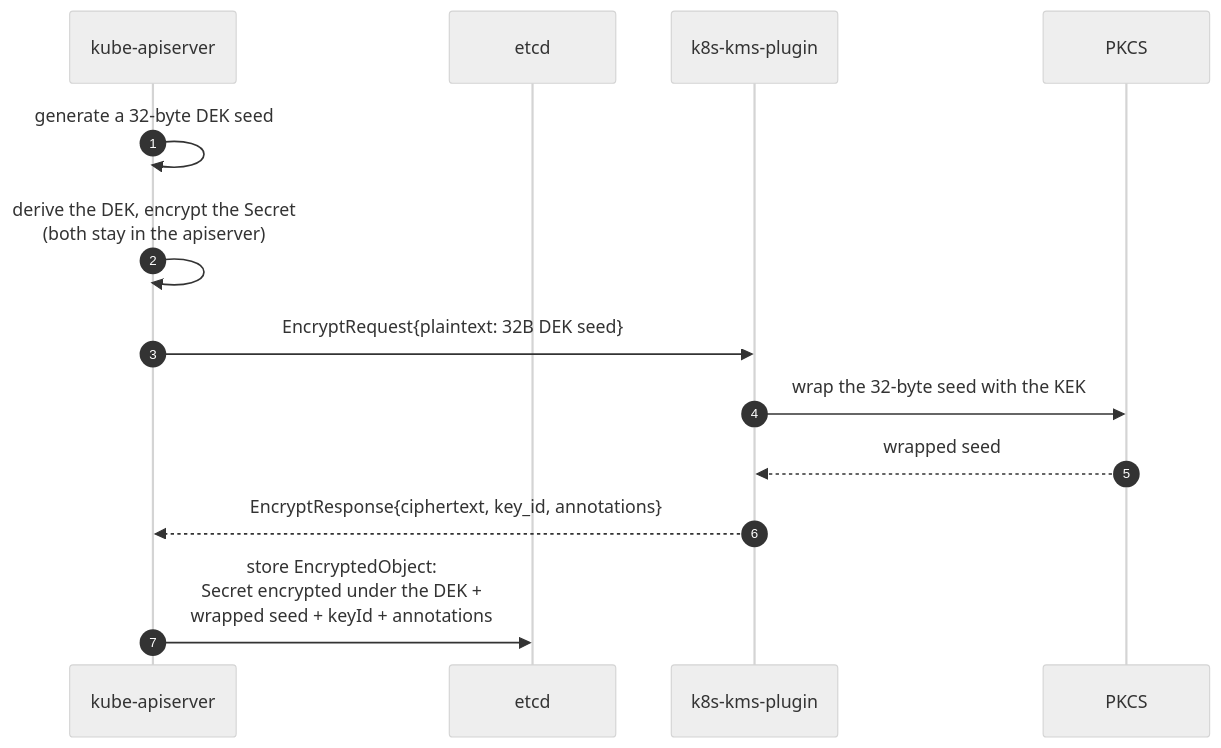
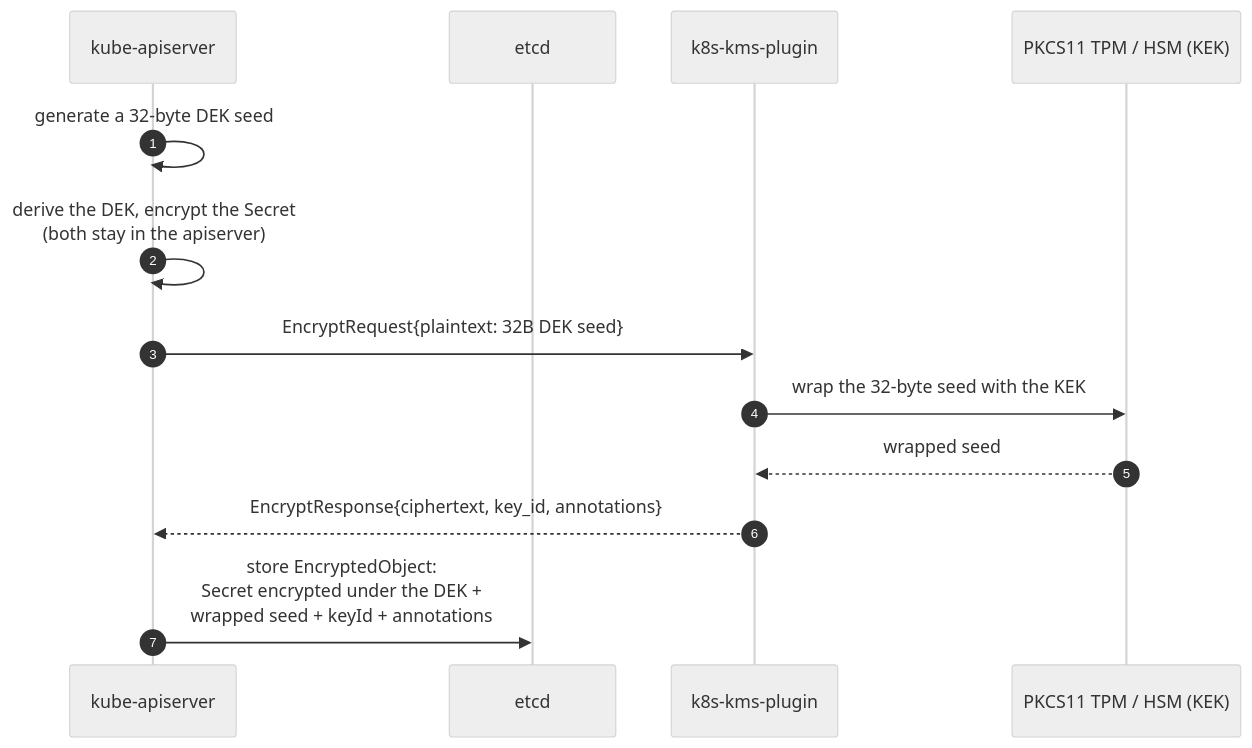
Before and after one commit to ThalesGroup/k8s-kms-plugin: the diagram in README.md, drawn with Mermaid (neutral theme). The commit also changed 1 other file, not shown here.

Commit message:
doc: fix marmaid participant HSM name

````diff
--- a/README.md
+++ b/README.md
@@ -134,16 +134,16 @@
 ```mermaid
 sequenceDiagram
     autonumber
     participant API as kube-apiserver
     participant ETCD as etcd
     participant PLG as k8s-kms-plugin
-    participant HSM as PKCS #11 TPM / HSM (KEK)
+    participant HSM as PKCS11 TPM / HSM (KEK)
 
     API->>API: generate a 32-byte DEK seed
     API->>API: derive the DEK, encrypt the Secret<br/>(both stay in the apiserver)
     API->>PLG: EncryptRequest{plaintext: 32B DEK seed}
     PLG->>HSM: wrap the 32-byte seed with the KEK
     HSM-->>PLG: wrapped seed
     PLG-->>API: EncryptResponse{ciphertext, key_id, annotations}
     API->>ETCD: store EncryptedObject:<br/>Secret encrypted under the DEK +<br/>wrapped seed + keyId + annotations
 ```
````
